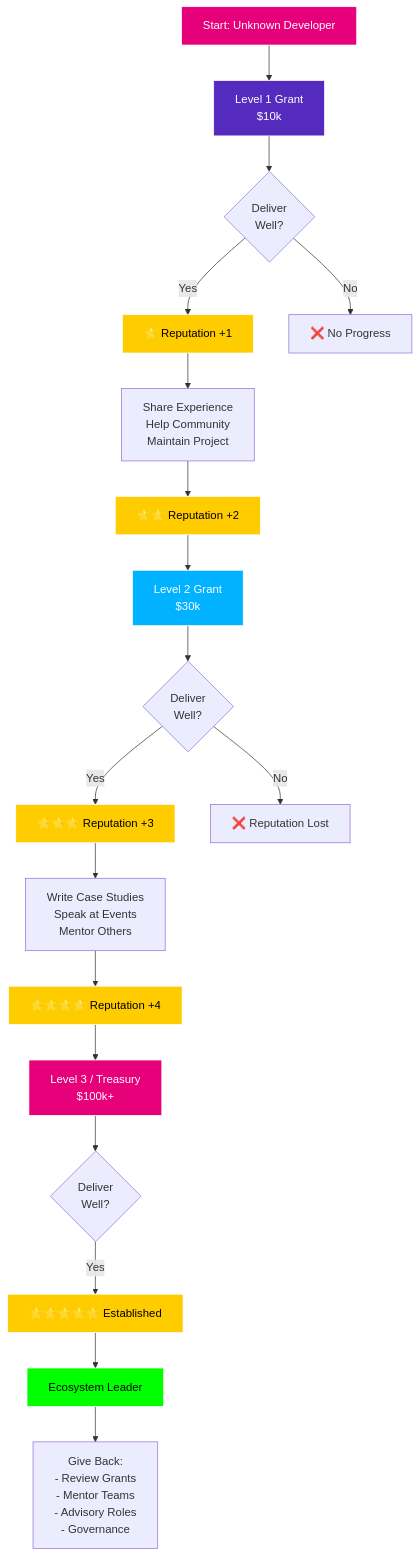
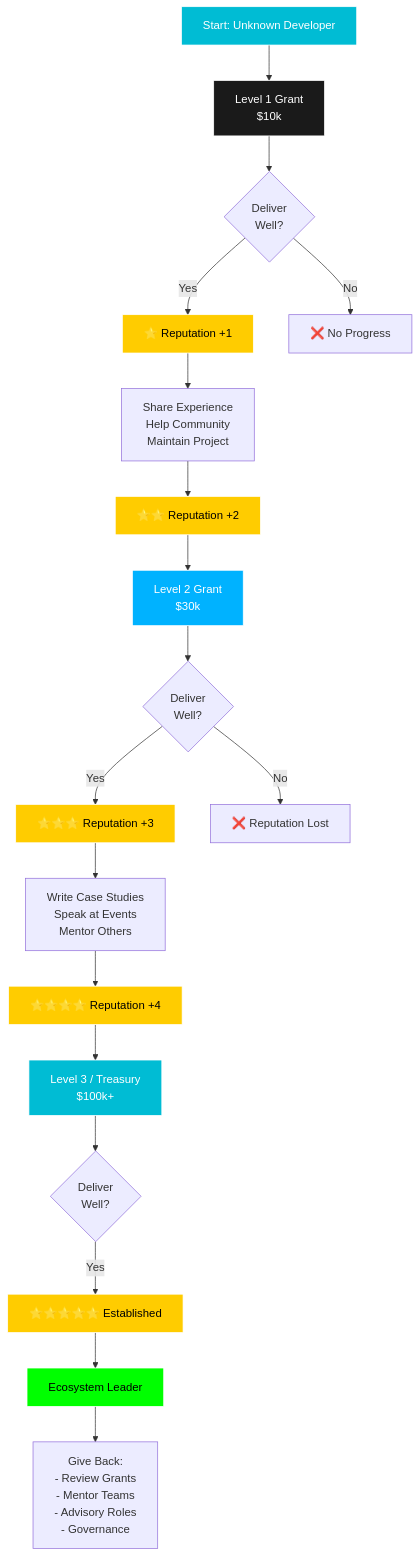
One commit to openguild-labs/polkadot-codecamp changed diagram 14 of 17 in slides/polkadot-grant-ecosystem.md. Above: the diagram before and after it, drawn with Mermaid. The commit also changed other lines of this file and 6 other files, not shown here.

````diff
--- a/slides/polkadot-grant-ecosystem.md
+++ b/slides/polkadot-grant-ecosystem.md
@@ -1911,37 +1911,37 @@
 ```mermaid
 graph TB
     START[Start: Unknown Developer] --> GRANT1[Level 1 Grant<br/>$10k]
 
     GRANT1 --> DELIVER1{Deliver<br/>Well?}
     DELIVER1 -->|Yes| REP1[⭐ Reputation +1]
     DELIVER1 -->|No| STUCK1[❌ No Progress]
 
     REP1 --> ACTIONS1[Share Experience<br/>Help Community<br/>Maintain Project]
     ACTIONS1 --> REP2[⭐⭐ Reputation +2]
 
     REP2 --> GRANT2[Level 2 Grant<br/>$30k]
     GRANT2 --> DELIVER2{Deliver<br/>Well?}
     DELIVER2 -->|Yes| REP3[⭐⭐⭐ Reputation +3]
     DELIVER2 -->|No| STUCK2[❌ Reputation Lost]
 
     REP3 --> ACTIONS2[Write Case Studies<br/>Speak at Events<br/>Mentor Others]
     ACTIONS2 --> REP4[⭐⭐⭐⭐ Reputation +4]
 
     REP4 --> GRANT3[Level 3 / Treasury<br/>$100k+]
     GRANT3 --> DELIVER3{Deliver<br/>Well?}
     DELIVER3 -->|Yes| REP5[⭐⭐⭐⭐⭐ Established]
 
     REP5 --> ECOSYSTEM[Ecosystem Leader]
     ECOSYSTEM --> GIVE[Give Back:<br/>- Review Grants<br/>- Mentor Teams<br/>- Advisory Roles<br/>- Governance]
 
-    style START fill:#E6007A,stroke:#fff,color:#fff
-    style GRANT1 fill:#552BBF,stroke:#fff,color:#fff
+    style START fill:#00BCD4,stroke:#fff,color:#fff
+    style GRANT1 fill:#1a1a1a,stroke:#fff,color:#fff
     style GRANT2 fill:#00B2FF,stroke:#fff,color:#fff
-    style GRANT3 fill:#E6007A,stroke:#fff,color:#fff
+    style GRANT3 fill:#00BCD4,stroke:#fff,color:#fff
     style ECOSYSTEM fill:#00ff00,stroke:#fff,color:#000
     style REP1 fill:#ffcc00,stroke:#fff,color:#000
     style REP2 fill:#ffcc00,stroke:#fff,color:#000
     style REP3 fill:#ffcc00,stroke:#fff,color:#000
     style REP4 fill:#ffcc00,stroke:#fff,color:#000
     style REP5 fill:#ffcc00,stroke:#fff,color:#000
 ```
````
